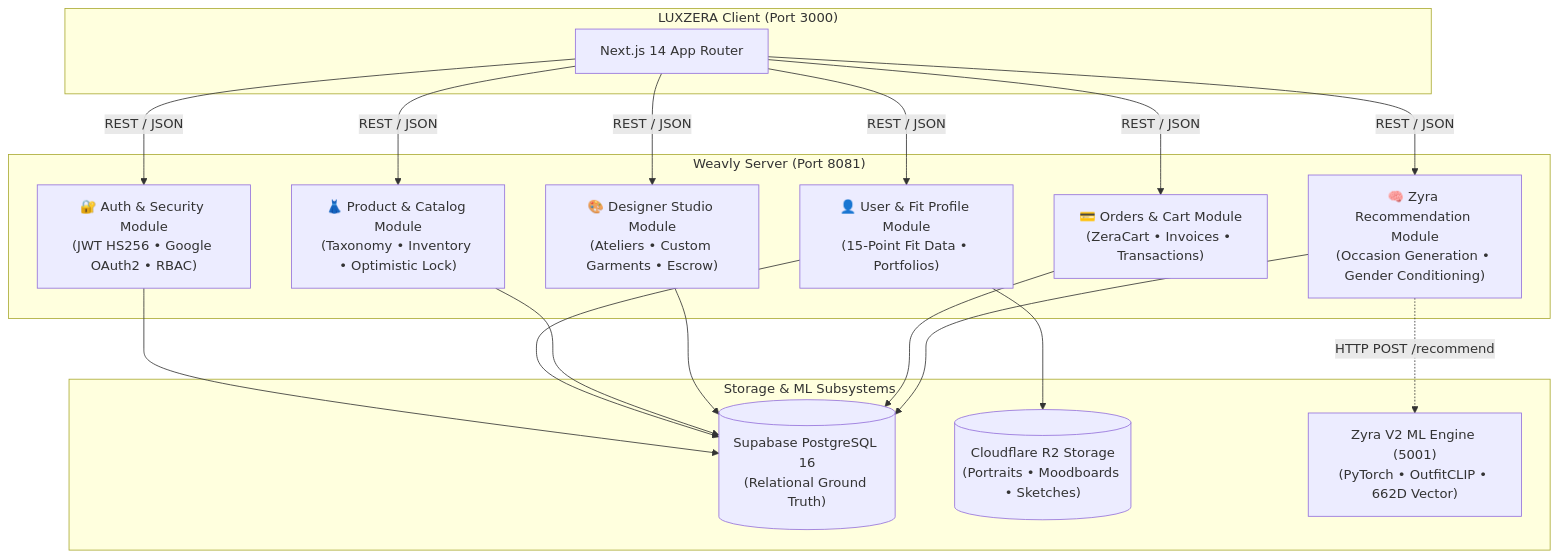
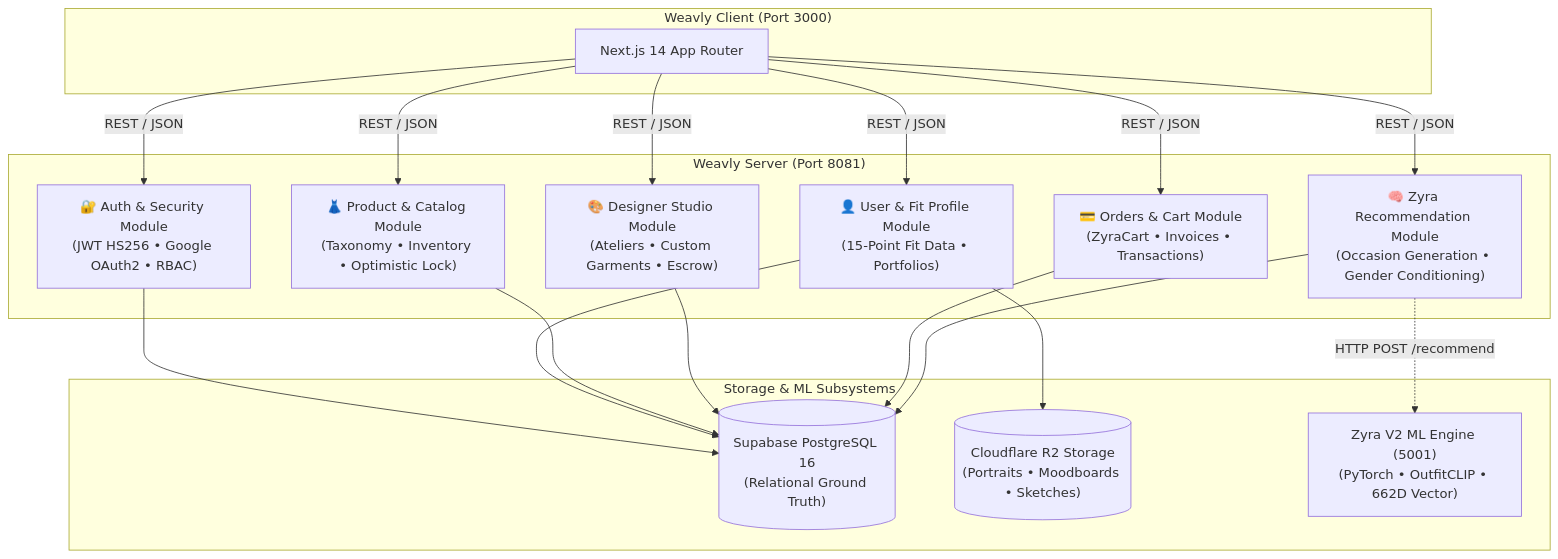
The diagram in weavly-server/server/README.md (Ch-saketh/weavly), drawn with Mermaid before and after one commit. The commit also changed 4 other files, not shown here.

Commit message:
docs: replace luxzera with weavly and zera with zyra across all READMEs

````diff
--- a/weavly-server/server/README.md
+++ b/weavly-server/server/README.md
@@ -24,37 +24,37 @@
 ```mermaid
 flowchart TD
-    subgraph Client["LUXZERA Client (Port 3000)"]
+    subgraph Client["Weavly Client (Port 3000)"]
         NextApp["Next.js 14 App Router"]
     end
 
     subgraph SpringServer["Weavly Server (Port 8081)"]
         Auth["🔐 Auth & Security Module<br/>(JWT HS256 • Google OAuth2 • RBAC)"]
         User["👤 User & Fit Profile Module<br/>(15-Point Fit Data • Portfolios)"]
         ZyraService["🧠 Zyra Recommendation Module<br/>(Occasion Generation • Gender Conditioning)"]
         Catalog["👗 Product & Catalog Module<br/>(Taxonomy • Inventory • Optimistic Lock)"]
         Designer["🎨 Designer Studio Module<br/>(Ateliers • Custom Garments • Escrow)"]
-        Orders["💳 Orders & Cart Module<br/>(ZeraCart • Invoices • Transactions)"]
+        Orders["💳 Orders & Cart Module<br/>(ZyraCart • Invoices • Transactions)"]
     end
 
     subgraph ExternalServices["Storage & ML Subsystems"]
         Postgres[("Supabase PostgreSQL 16<br/>(Relational Ground Truth)")]
         R2[("Cloudflare R2 Storage<br/>(Portraits • Moodboards • Sketches)")]
         ZyraEngine["Zyra V2 ML Engine (5001)<br/>(PyTorch • OutfitCLIP • 662D Vector)"]
     end
 
     NextApp -->|REST / JSON| Auth
     NextApp -->|REST / JSON| User
     NextApp -->|REST / JSON| ZyraService
     NextApp -->|REST / JSON| Catalog
     NextApp -->|REST / JSON| Designer
     NextApp -->|REST / JSON| Orders
 
     Auth --> Postgres
     User --> Postgres
     User --> R2
     Catalog --> Postgres
     Designer --> Postgres
     Orders --> Postgres
     ZyraService --> Postgres
     ZyraService -.->|HTTP POST /recommend| ZyraEngine
 ```
````
